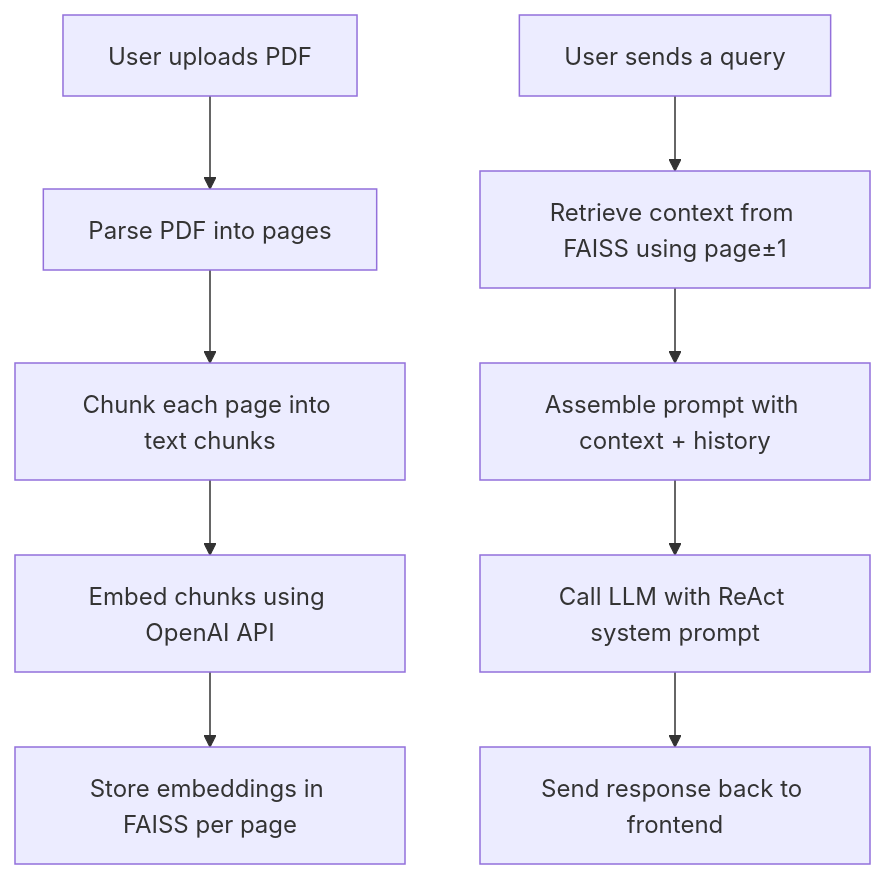
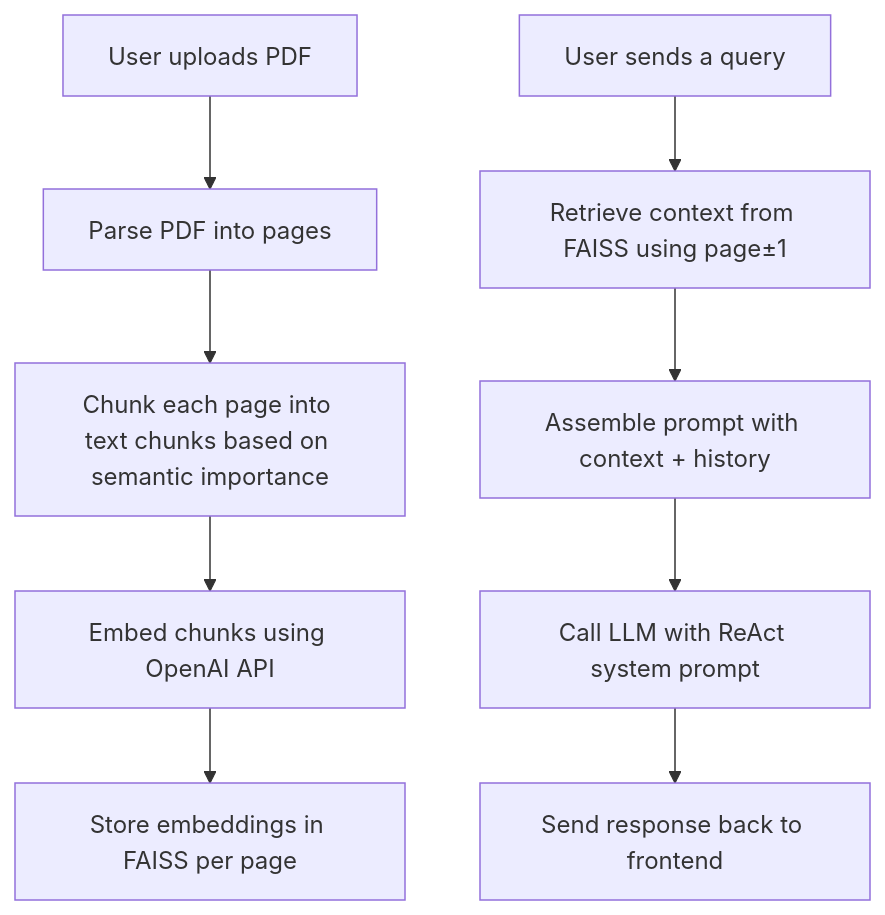
The diagram in README.md (KSAP02/AskMyDoc), drawn with Mermaid before and after one commit. The commit also changed other lines of this file and 1 other file, not shown here.

````diff
--- a/README.md
+++ b/README.md
@@ -52,11 +52,11 @@
 ```mermaid
 graph TD
     A[User uploads PDF] --> B[Parse PDF into pages]
-    B --> C[Chunk each page into text chunks]
+    B --> C[Chunk each page into text chunks based on semantic importance]
     C --> D[Embed chunks using OpenAI API]
     D --> E[Store embeddings in FAISS per page]
     F[User sends a query] --> G[Retrieve context from FAISS using page±1]
     G --> H[Assemble prompt with context + history]
     H --> I[Call LLM with ReAct system prompt]
     I --> J[Send response back to frontend]
 ```
````
